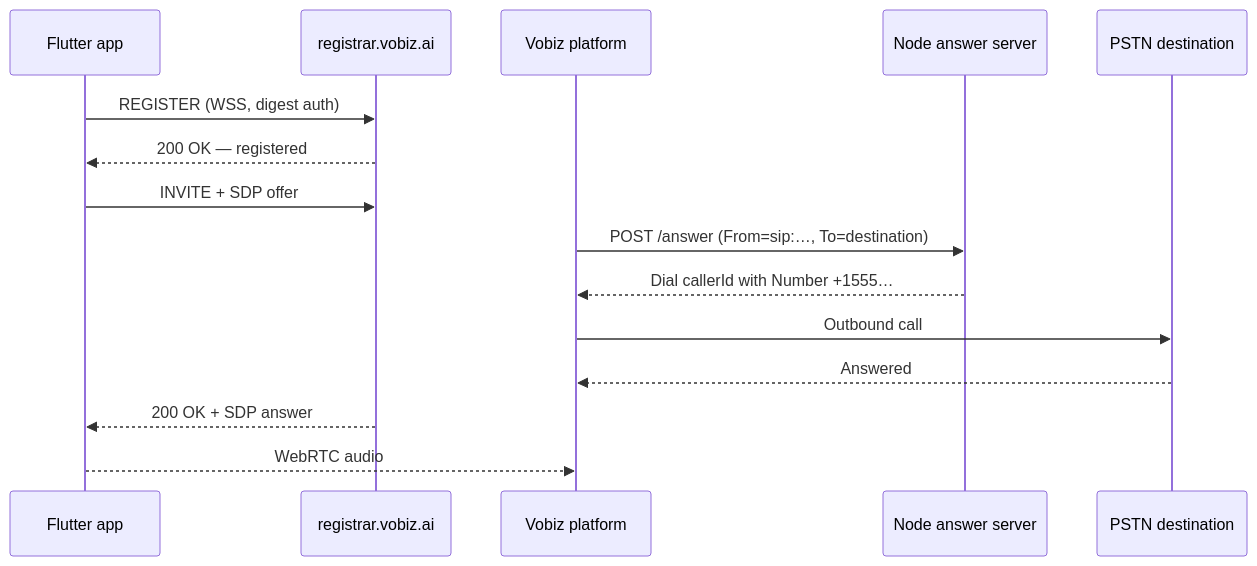
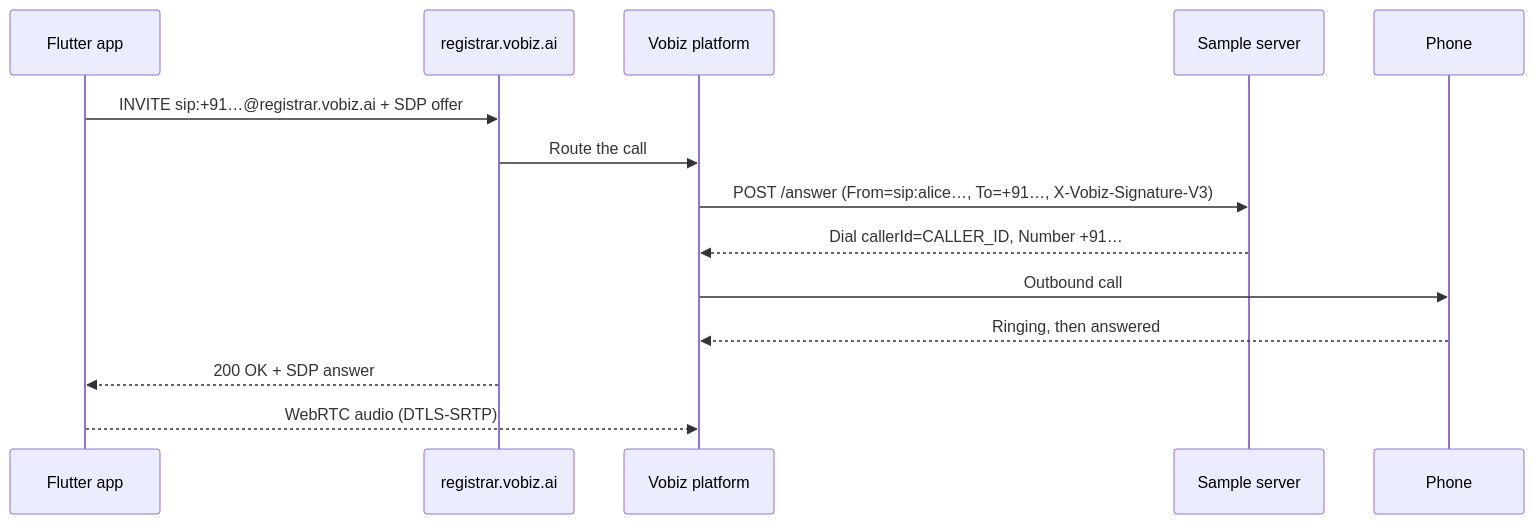
Before and after one commit to vobiz-ai/Vobiz-Android-Sample: the second of 5 diagrams in README.md, drawn with Mermaid. The commit also changed other lines of this file and 82 other files, not shown here.

First line of the commit message:
Update the sample to vobiz_webrtc 0.2.0: access tokens, Vobiz push, new README

````diff
--- a/README.md
+++ b/README.md
@@ -82,18 +150,17 @@
 ```mermaid
 sequenceDiagram
     participant App as Flutter app
     participant Reg as registrar.vobiz.ai
     participant Vobiz as Vobiz platform
-    participant Srv as Node answer server
-    participant PSTN as PSTN destination
+    participant Srv as Sample server
+    participant PSTN as Phone
 
-    App->>Reg: REGISTER (WSS, digest auth)
-    Reg-->>App: 200 OK — registered
-    App->>Reg: INVITE + SDP offer
-    Vobiz->>Srv: POST /answer (From=sip:…, To=destination)
-    Srv-->>Vobiz: Dial callerId with Number +1555…
+    App->>Reg: INVITE sip:+91…@registrar.vobiz.ai + SDP offer
+    Reg->>Vobiz: Route the call
+    Vobiz->>Srv: POST /answer (From=sip:alice…, To=+91…, X-Vobiz-Signature-V3)
+    Srv-->>Vobiz: Dial callerId=CALLER_ID, Number +91…
     Vobiz->>PSTN: Outbound call
-    PSTN-->>Vobiz: Answered
+    PSTN-->>Vobiz: Ringing, then answered
     Reg-->>App: 200 OK + SDP answer
-    App-->>Vobiz: WebRTC audio
+    App-->>Vobiz: WebRTC audio (DTLS-SRTP)
 ```
````
